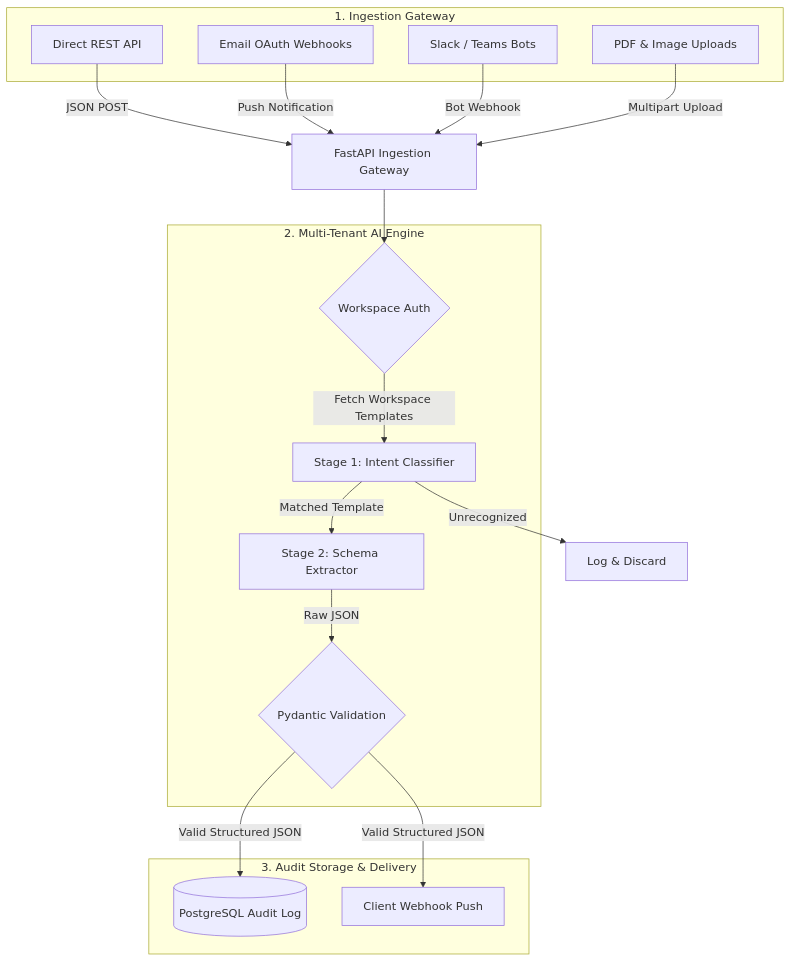
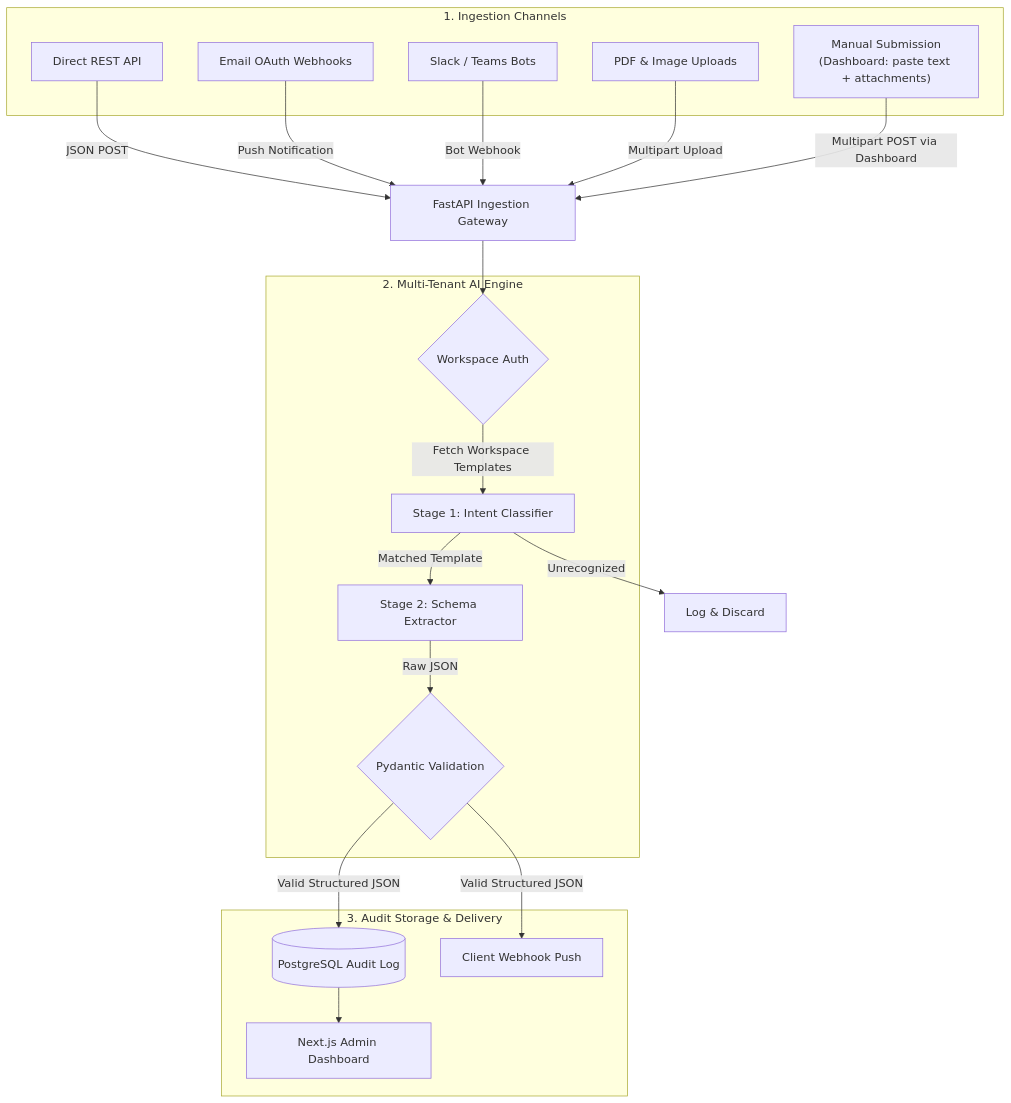
The diagram in docs/architecture.md (ajaysajikumar8/Intelligent-Data-Extraction), drawn with Mermaid before and after one commit. The commit also changed other lines of this file and 10 other files, not shown here.

````diff
--- a/docs/architecture.md
+++ b/docs/architecture.md
@@ -9,37 +18,41 @@
 ```mermaid
 graph TD
-    subgraph Ingestion ["1. Ingestion Gateway"]
+    subgraph Ingestion ["1. Ingestion Channels"]
         API[Direct REST API]
         Email[Email OAuth Webhooks]
         Chat[Slack / Teams Bots]
         File[PDF & Image Uploads]
+        Manual["Manual Submission\n(Dashboard: paste text + attachments)"]
     end
 
     G[FastAPI Ingestion Gateway]
 
     API -->|JSON POST| G
     Email -->|Push Notification| G
     Chat -->|Bot Webhook| G
     File -->|Multipart Upload| G
+    Manual -->|Multipart POST via Dashboard| G
 
     subgraph AI_Engine ["2. Multi-Tenant AI Engine"]
         Auth{Workspace Auth}
         M1[Stage 1: Intent Classifier]
         M2[Stage 2: Schema Extractor]
         Pydantic{Pydantic Validation}
     end
 
     G --> Auth
     Auth -->|Fetch Workspace Templates| M1
     M1 -->|Matched Template| M2
     M1 -->|Unrecognized| Drop[Log & Discard]
     M2 -->|Raw JSON| Pydantic
 
     subgraph Delivery ["3. Audit Storage & Delivery"]
         DB[(PostgreSQL Audit Log)]
         Webhook[Client Webhook Push]
+        Dashboard[Next.js Admin Dashboard]
     end
 
     Pydantic -->|Valid Structured JSON| DB
     Pydantic -->|Valid Structured JSON| Webhook
+    DB --> Dashboard
 ```
````
